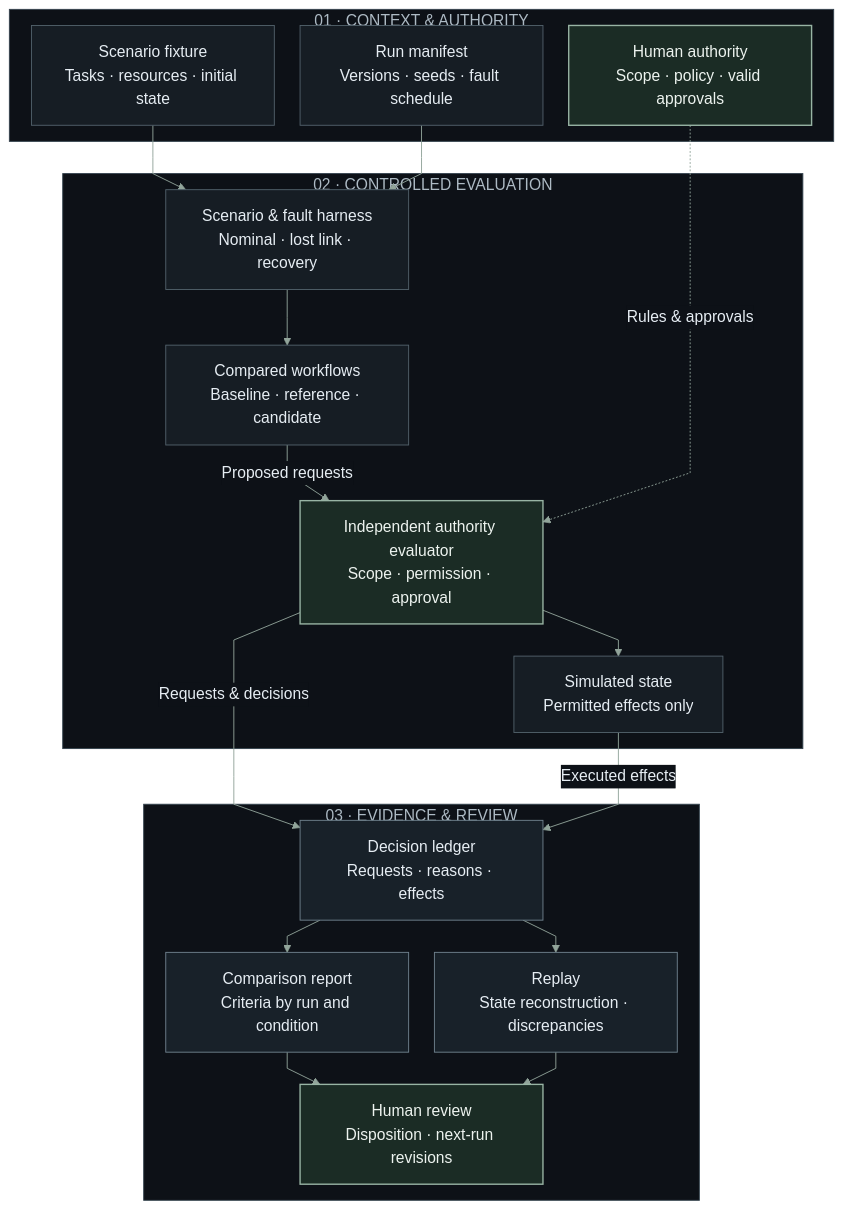
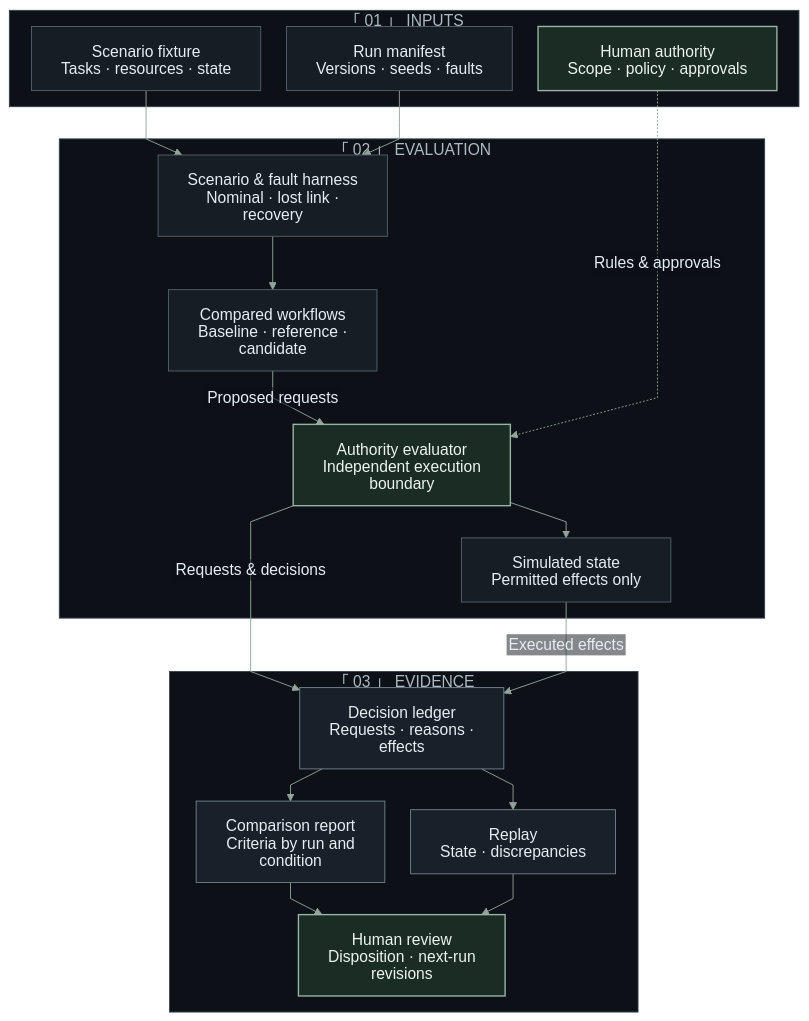
The diagram in profile/README.md (endrhq/.github), drawn with Mermaid before and after one commit. The commit also changed 1 other file, not shown here.

Commit message:
Use crisp SVG labels and concise layer headings

````diff
--- a/profile/README.md
+++ b/profile/README.md
@@ -17,41 +17,41 @@
 ```mermaid
-%%{init: {"theme":"base","themeVariables":{"fontFamily":"Arial, Helvetica, sans-serif","fontSize":"17px","primaryColor":"#161d24","primaryTextColor":"#e6edf3","primaryBorderColor":"#52616b","lineColor":"#91a49a","secondaryColor":"#1b2c25","tertiaryColor":"#0d1117","clusterBkg":"#0d1117","clusterBorder":"#34424d","titleColor":"#adbac4","edgeLabelBackground":"#0d1117"},"flowchart":{"curve":"linear","nodeSpacing":28,"rankSpacing":35,"padding":16}}}%%
+%%{init: {"theme":"base","themeVariables":{"fontFamily":"Arial, Helvetica, sans-serif","fontSize":"17px","primaryColor":"#161d24","primaryTextColor":"#e6edf3","primaryBorderColor":"#52616b","lineColor":"#91a49a","secondaryColor":"#1b2c25","tertiaryColor":"#0d1117","clusterBkg":"#0d1117","clusterBorder":"#34424d","titleColor":"#adbac4","edgeLabelBackground":"#0d1117"},"htmlLabels":false,"flowchart":{"htmlLabels":false,"curve":"linear","nodeSpacing":28,"rankSpacing":35,"padding":16}}}%%
 flowchart TB
     accTitle: endr — Mission Assurance Lab
     accDescr: Conceptual synthetic research architecture. Matched workflows submit requests to independent authority evaluation. An ordered ledger feeds comparison and replay, then human review. Lost links never expand authority.
 
-    subgraph INPUTS["01 · CONTEXT & AUTHORITY"]
-        SCENARIO["Scenario fixture<br/>Tasks · resources · initial state"]
-        MANIFEST["Run manifest<br/>Versions · seeds · fault schedule"]
-        AUTHORITY["Human authority<br/>Scope · policy · valid approvals"]
+    subgraph INPUTS["「 01 」 INPUTS"]
+        SCENARIO["Scenario fixture<br/>Tasks · resources · state"]
+        MANIFEST["Run manifest<br/>Versions · seeds · faults"]
+        AUTHORITY["Human authority<br/>Scope · policy · approvals"]
     end
 
-    subgraph EVALUATION["02 · CONTROLLED EVALUATION"]
+    subgraph EVALUATION["「 02 」 EVALUATION"]
         HARNESS["Scenario & fault harness<br/>Nominal · lost link · recovery"]
         WORKFLOWS["Compared workflows<br/>Baseline · reference · candidate"]
-        GATE["Independent authority evaluator<br/>Scope · permission · approval"]
+        GATE["Authority evaluator<br/>Independent execution boundary"]
         STATE["Simulated state<br/>Permitted effects only"]
         HARNESS --> WORKFLOWS
         WORKFLOWS -->|Proposed requests| GATE
         GATE --> STATE
     end
 
-    subgraph EVIDENCE["03 · EVIDENCE & REVIEW"]
+    subgraph EVIDENCE["「 03 」 EVIDENCE"]
         LEDGER["Decision ledger<br/>Requests · reasons · effects"]
         REPORT["Comparison report<br/>Criteria by run and condition"]
-        REPLAY["Replay<br/>State reconstruction · discrepancies"]
+        REPLAY["Replay<br/>State · discrepancies"]
         REVIEW["Human review<br/>Disposition · next-run revisions"]
         LEDGER --> REPORT & REPLAY
         REPORT & REPLAY --> REVIEW
     end
 
     SCENARIO & MANIFEST --> HARNESS
     AUTHORITY -.->|Rules & approvals| GATE
     GATE -->|Requests & decisions| LEDGER
     STATE -->|Executed effects| LEDGER
 
     classDef authority fill:#1b2c25,stroke:#98b4a4,color:#edf3ef,stroke-width:1.5px
     classDef evidence fill:#182129,stroke:#70828e,color:#e6edf3
     class AUTHORITY,GATE,REVIEW authority
     class LEDGER,REPORT,REPLAY evidence
 ```
````
